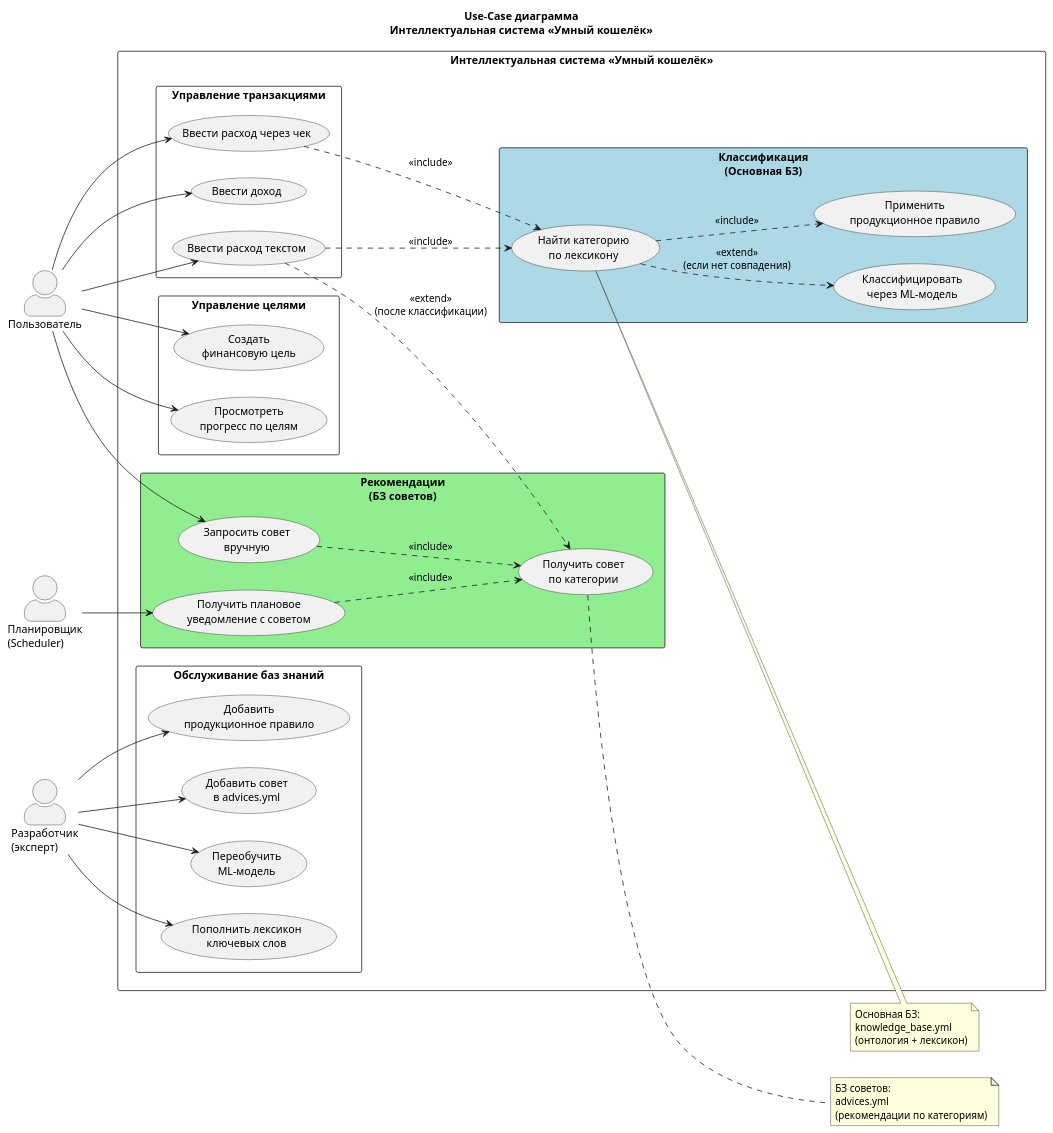
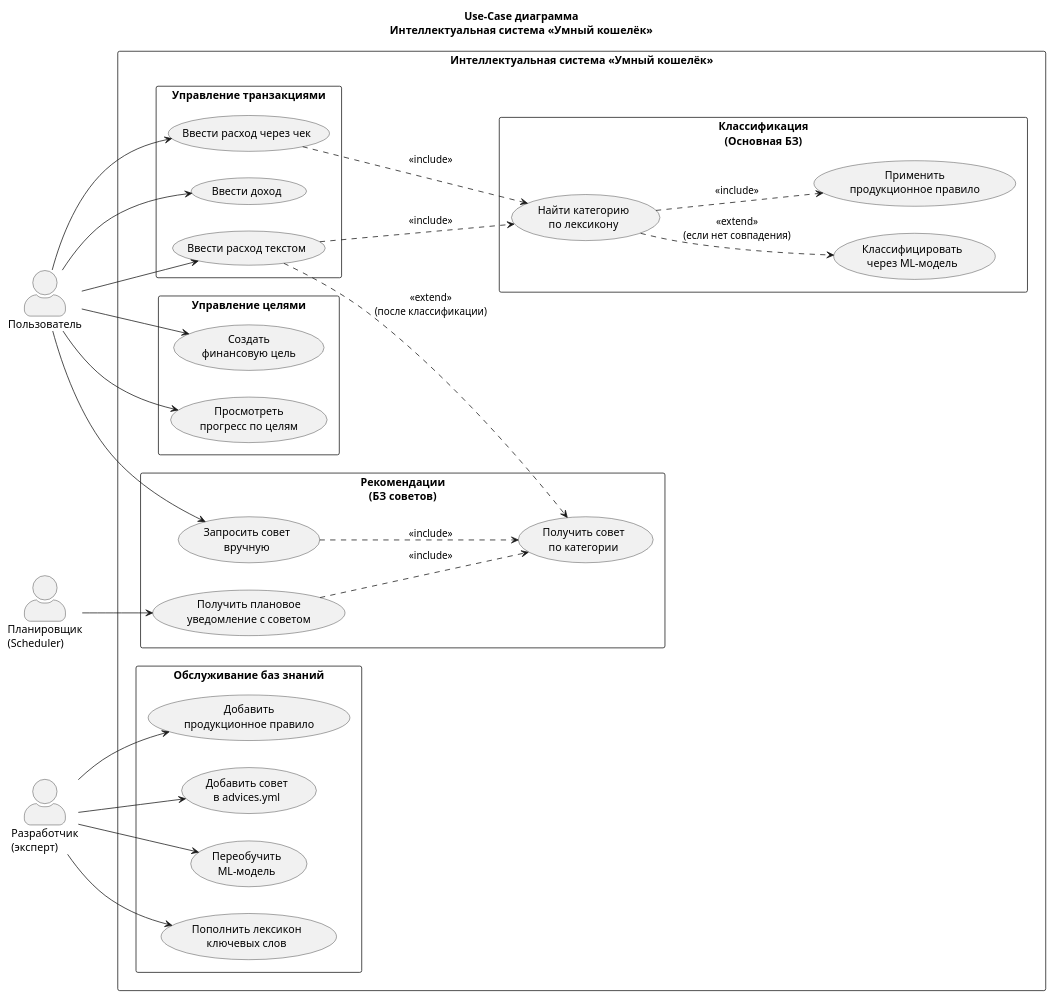
One commit to dekada314/SmartWallet changed the diagram in diagrams/usecase.puml. Above: the diagram before and after it, drawn with PlantUML. The commit also changed 11 other files, not shown here.

```diff
--- a/diagrams/usecase.puml
+++ b/diagrams/usecase.puml
@@ -1,80 +1,69 @@
 @startuml
 skinparam defaultFontName Arial
 skinparam backgroundColor white
 skinparam actorStyle awesome
 left to right direction
 
 title Use-Case диаграмма\nИнтеллектуальная система «Умный кошелёк»
 
 actor "Пользователь" as User
 actor "Разработчик\n(эксперт)" as Dev
 actor "Планировщик\n(Scheduler)" as Sched
 
 rectangle "Интеллектуальная система «Умный кошелёк»" {
 
     rectangle "Управление транзакциями" {
         usecase "Ввести расход текстом" as UC1
         usecase "Ввести расход через чек" as UC2
         usecase "Ввести доход" as UC3
     }
 
-    rectangle "Классификация\n(Основная БЗ)" #LightBlue {
+    rectangle "Классификация\n(Основная БЗ)"  {
         usecase "Найти категорию\nпо лексикону" as UC4
         usecase "Классифицировать\nчерез ML-модель" as UC5
         usecase "Применить\nпродукционное правило" as UC6
     }
 
-    rectangle "Рекомендации\n(БЗ советов)" #LightGreen {
+    rectangle "Рекомендации\n(БЗ советов)"  {
         usecase "Получить совет\nпо категории" as UC7
         usecase "Получить плановое\nуведомление с советом" as UC8
         usecase "Запросить совет\nвручную" as UC9
     }
 
     rectangle "Управление целями" {
         usecase "Создать\nфинансовую цель" as UC10
         usecase "Просмотреть\nпрогресс по целям" as UC11
     }
 
     rectangle "Обслуживание баз знаний" {
         usecase "Пополнить лексикон\nключевых слов" as UC12
         usecase "Добавить\nпродукционное правило" as UC13
         usecase "Добавить совет\nв advices.yml" as UC14
         usecase "Переобучить\nML-модель" as UC15
     }
 }
 
 User --> UC1
 User --> UC2
 User --> UC3
 User --> UC9
 User --> UC10
 User --> UC11
 
 UC1 ..> UC4 : <<include>>
 UC2 ..> UC4 : <<include>>
 UC4 ..> UC5 : <<extend>>\n(если нет совпадения)
 UC4 ..> UC6 : <<include>>
 UC1 ..> UC7 : <<extend>>\n(после классификации)
 
 Sched --> UC8
 UC8 ..> UC7 : <<include>>
 UC9 ..> UC7 : <<include>>
 
 Dev --> UC12
 Dev --> UC13
 Dev --> UC14
 Dev --> UC15
 
-note right of UC4
-  Основная БЗ:
-  knowledge_base.yml
-  (онтология + лексикон)
-end note
-
-note right of UC7
-  БЗ советов:
-  advices.yml
-  (рекомендации по категориям)
-end note
 
 @enduml
```
